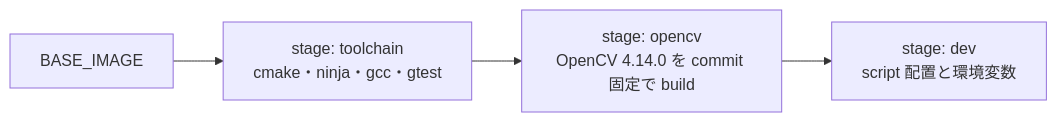
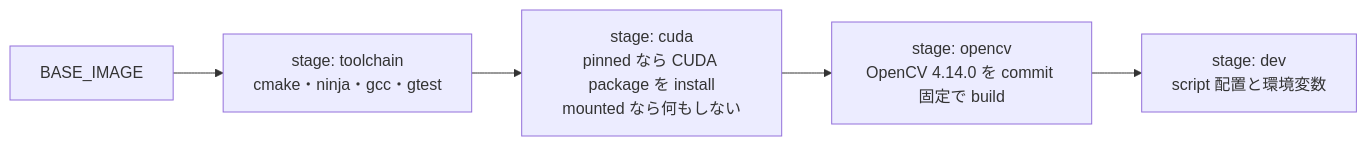
Before and after one commit to MasakazuTobeta/ArUco3-CUDA: the second of 2 diagrams in docs/design/docker-environment.md, drawn with Mermaid. The commit also changed other lines of this file and 4 other files, not shown here.

````diff
--- a/docs/design/docker-environment.md
+++ b/docs/design/docker-environment.md
@@ -83,6 +107,7 @@
 ```mermaid
 flowchart LR
     B["BASE_IMAGE"] --> S1["stage: toolchain<br/>cmake・ninja・gcc・gtest"]
-    S1 --> S2["stage: opencv<br/>OpenCV 4.14.0 を commit 固定で build"]
-    S2 --> S3["stage: dev<br/>script 配置と環境変数"]
+    S1 --> S2["stage: cuda<br/>pinned なら CUDA package を install<br/>mounted なら何もしない"]
+    S2 --> S3["stage: opencv<br/>OpenCV 4.14.0 を commit 固定で build"]
+    S3 --> S4["stage: dev<br/>script 配置と環境変数"]
 ```
````
